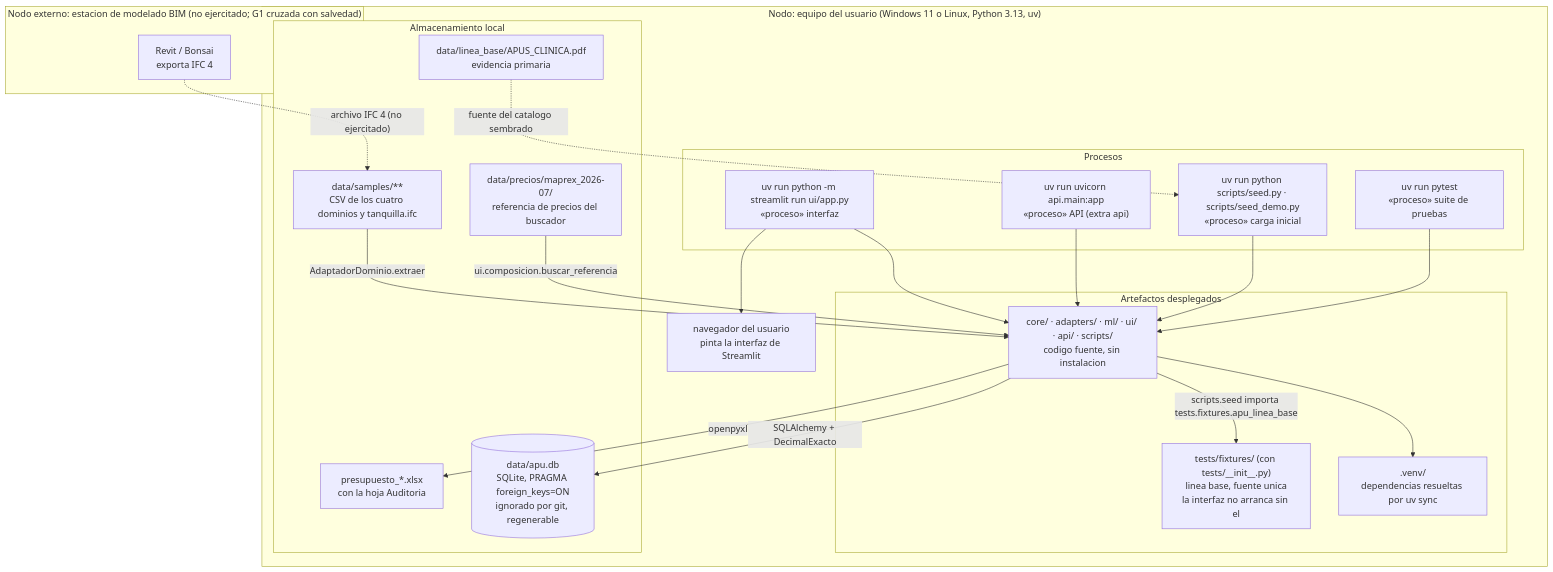
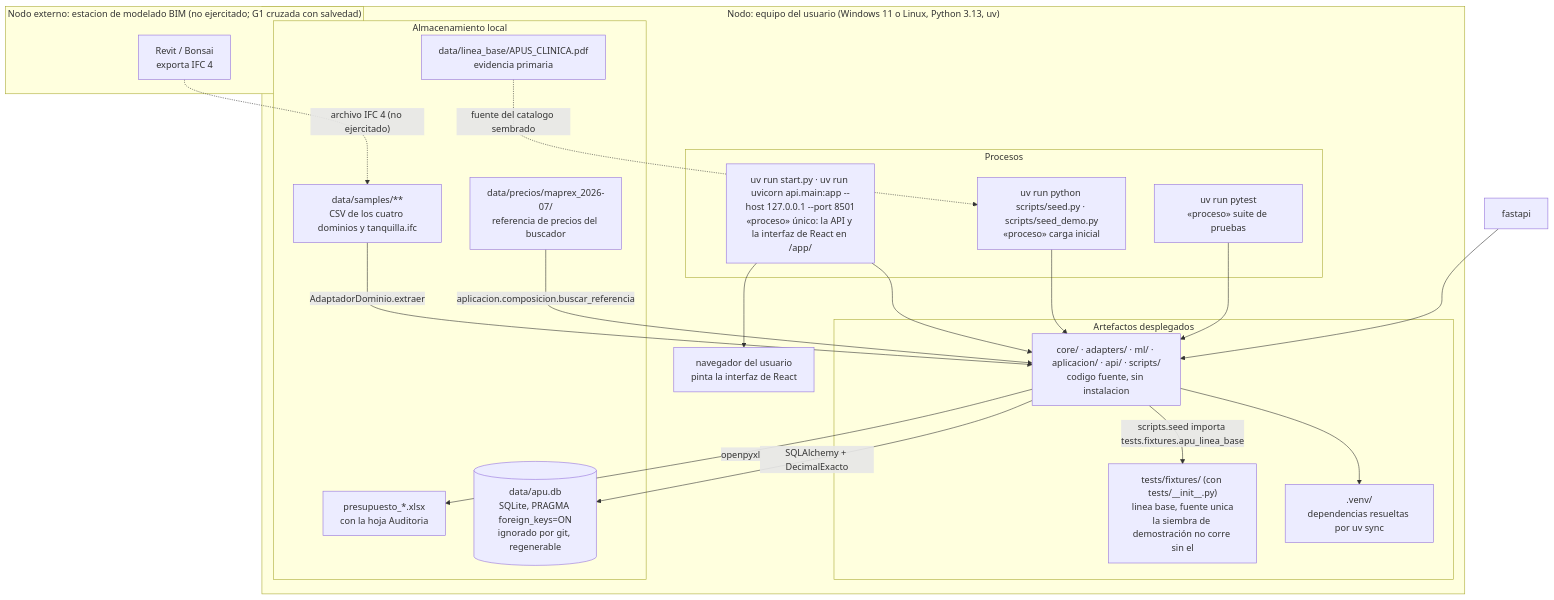
The ninth of 9 diagrams in docs/arquitectura.md (EugenioRRijo/silice), drawn with Mermaid before and after one commit. The commit also changed other lines of this file and 8 other files, not shown here.

First line of the commit message:
docs(retiro): manuales, arquitectura, plan de pruebas y guiones sin Streamlit (F10)

````diff
--- a/docs/arquitectura.md
+++ b/docs/arquitectura.md
@@ -1482,42 +1486,41 @@
 ```mermaid
 flowchart TB
     subgraph modelador["Nodo externo: estacion de modelado BIM (no ejercitado; G1 cruzada con salvedad)"]
         revit["Revit / Bonsai<br/>exporta IFC 4"]
     end
 
     subgraph equipo["Nodo: equipo del usuario (Windows 11 o Linux, Python 3.13, uv)"]
         subgraph procesos["Procesos"]
-            streamlit["uv run python -m streamlit run ui/app.py<br/>«proceso» interfaz"]
-            fastapi["uv run uvicorn api.main:app<br/>«proceso» API (extra api)"]
+            streamlit["uv run start.py · uv run uvicorn api.main:app --host 127.0.0.1 --port 8501<br/>«proceso» único: la API y la interfaz de React en /app/"]
             seed["uv run python scripts/seed.py · scripts/seed_demo.py<br/>«proceso» carga inicial"]
             pytest["uv run pytest<br/>«proceso» suite de pruebas"]
         end
         subgraph artefactos["Artefactos desplegados"]
-            paquetes["core/ · adapters/ · ml/ · ui/ · api/ · scripts/<br/>codigo fuente, sin instalacion"]
-            fixtures["tests/fixtures/ (con tests/__init__.py)<br/>linea base, fuente unica<br/>la interfaz no arranca sin el"]
+            paquetes["core/ · adapters/ · ml/ · aplicacion/ · api/ · scripts/<br/>codigo fuente, sin instalacion"]
+            fixtures["tests/fixtures/ (con tests/__init__.py)<br/>linea base, fuente unica<br/>la siembra de demostración no corre sin el"]
             venv[".venv/<br/>dependencias resueltas por uv sync"]
         end
         subgraph datos["Almacenamiento local"]
             db[("data/apu.db<br/>SQLite, PRAGMA foreign_keys=ON<br/>ignorado por git, regenerable")]
             samples["data/samples/**<br/>CSV de los cuatro dominios y tanquilla.ifc"]
             referencia["data/precios/maprex_2026-07/<br/>referencia de precios del buscador"]
             base["data/linea_base/APUS_CLINICA.pdf<br/>evidencia primaria"]
             salidas["presupuesto_*.xlsx<br/>con la hoja Auditoria"]
         end
-        navegador["navegador del usuario<br/>pinta la interfaz de Streamlit"]
+        navegador["navegador del usuario<br/>pinta la interfaz de React"]
     end
 
     revit -.->|"archivo IFC 4 (no ejercitado)"| samples
     streamlit --> paquetes
     fastapi --> paquetes
     seed --> paquetes
     pytest --> paquetes
     paquetes --> venv
     paquetes -->|"scripts.seed importa tests.fixtures.apu_linea_base"| fixtures
     paquetes -->|"SQLAlchemy + DecimalExacto"| db
     samples -->|"AdaptadorDominio.extraer"| paquetes
-    referencia -->|"ui.composicion.buscar_referencia"| paquetes
+    referencia -->|"aplicacion.composicion.buscar_referencia"| paquetes
     base -.->|"fuente del catalogo sembrado"| seed
     paquetes -->|"openpyxl"| salidas
     streamlit --> navegador
 ```
````
